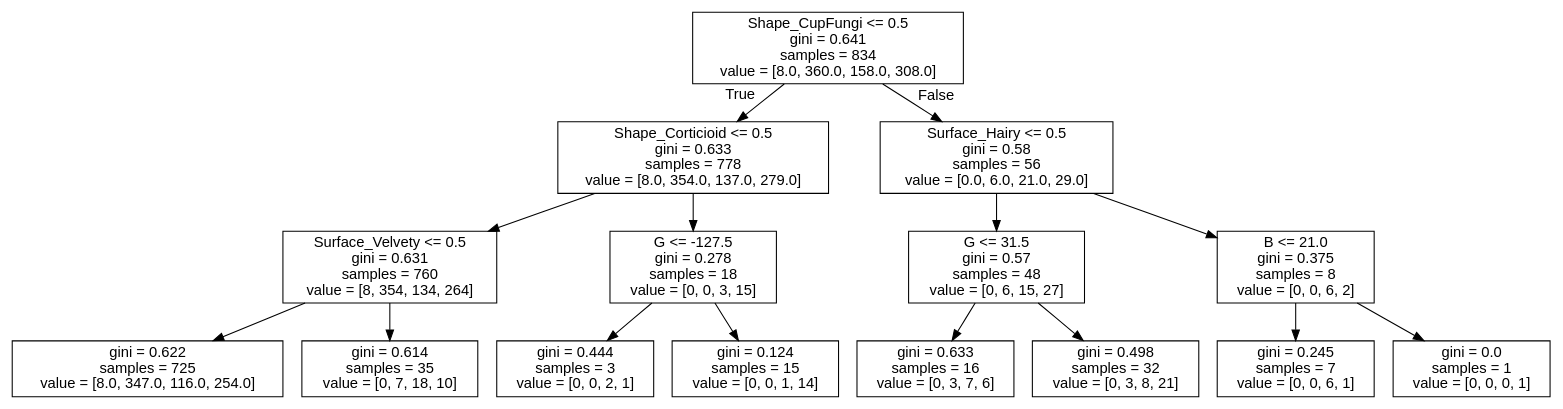
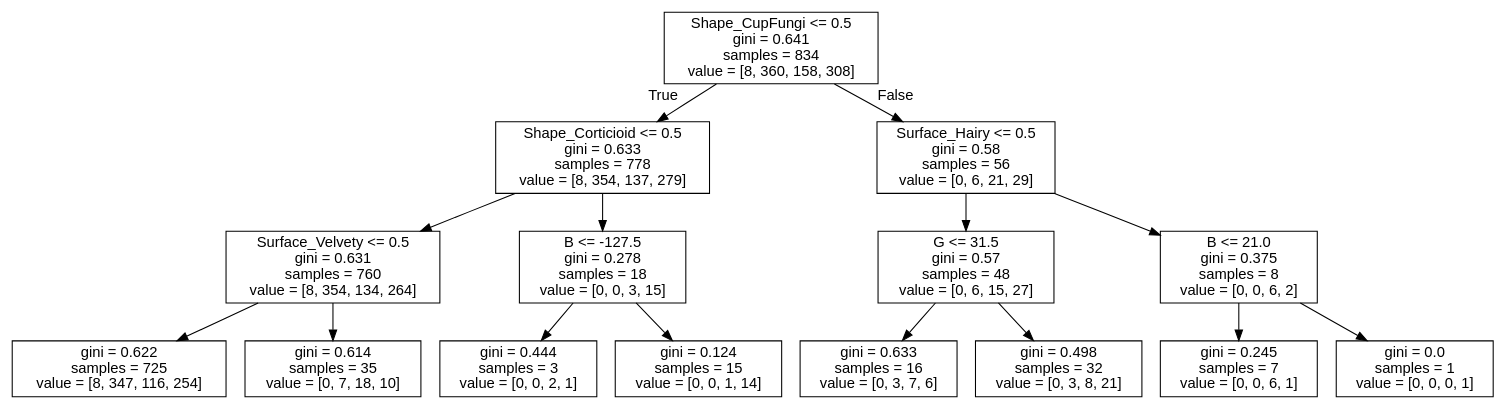
Before and after one commit to Evowind/ChamPygnon: the diagram in decision_tree_graph.dot, drawn with Graphviz. The commit also changed 7 other files, not shown here.

```diff
--- a/decision_tree_graph.dot
+++ b/decision_tree_graph.dot
@@ -1,33 +1,33 @@
 digraph Tree {
 node [shape=box, fontname="helvetica"] ;
 edge [fontname="helvetica"] ;
-0 [label="Shape_CupFungi <= 0.5\ngini = 0.641\nsamples = 834\nvalue = [8.0, 360.0, 158.0, 308.0]"] ;
-1 [label="Shape_Corticioid <= 0.5\ngini = 0.633\nsamples = 778\nvalue = [8.0, 354.0, 137.0, 279.0]"] ;
+0 [label="Shape_CupFungi <= 0.5\ngini = 0.641\nsamples = 834\nvalue = [8, 360, 158, 308]"] ;
+1 [label="Shape_Corticioid <= 0.5\ngini = 0.633\nsamples = 778\nvalue = [8, 354, 137, 279]"] ;
 0 -> 1 [labeldistance=2.5, labelangle=45, headlabel="True"] ;
 2 [label="Surface_Velvety <= 0.5\ngini = 0.631\nsamples = 760\nvalue = [8, 354, 134, 264]"] ;
 1 -> 2 ;
-3 [label="gini = 0.622\nsamples = 725\nvalue = [8.0, 347.0, 116.0, 254.0]"] ;
+3 [label="gini = 0.622\nsamples = 725\nvalue = [8, 347, 116, 254]"] ;
 2 -> 3 ;
 4 [label="gini = 0.614\nsamples = 35\nvalue = [0, 7, 18, 10]"] ;
 2 -> 4 ;
-5 [label="G <= -127.5\ngini = 0.278\nsamples = 18\nvalue = [0, 0, 3, 15]"] ;
+5 [label="B <= -127.5\ngini = 0.278\nsamples = 18\nvalue = [0, 0, 3, 15]"] ;
 1 -> 5 ;
 6 [label="gini = 0.444\nsamples = 3\nvalue = [0, 0, 2, 1]"] ;
 5 -> 6 ;
 7 [label="gini = 0.124\nsamples = 15\nvalue = [0, 0, 1, 14]"] ;
 5 -> 7 ;
-8 [label="Surface_Hairy <= 0.5\ngini = 0.58\nsamples = 56\nvalue = [0.0, 6.0, 21.0, 29.0]"] ;
+8 [label="Surface_Hairy <= 0.5\ngini = 0.58\nsamples = 56\nvalue = [0, 6, 21, 29]"] ;
 0 -> 8 [labeldistance=2.5, labelangle=-45, headlabel="False"] ;
 9 [label="G <= 31.5\ngini = 0.57\nsamples = 48\nvalue = [0, 6, 15, 27]"] ;
 8 -> 9 ;
 10 [label="gini = 0.633\nsamples = 16\nvalue = [0, 3, 7, 6]"] ;
 9 -> 10 ;
 11 [label="gini = 0.498\nsamples = 32\nvalue = [0, 3, 8, 21]"] ;
 9 -> 11 ;
 12 [label="B <= 21.0\ngini = 0.375\nsamples = 8\nvalue = [0, 0, 6, 2]"] ;
 8 -> 12 ;
 13 [label="gini = 0.245\nsamples = 7\nvalue = [0, 0, 6, 1]"] ;
 12 -> 13 ;
 14 [label="gini = 0.0\nsamples = 1\nvalue = [0, 0, 0, 1]"] ;
 12 -> 14 ;
 }
```
